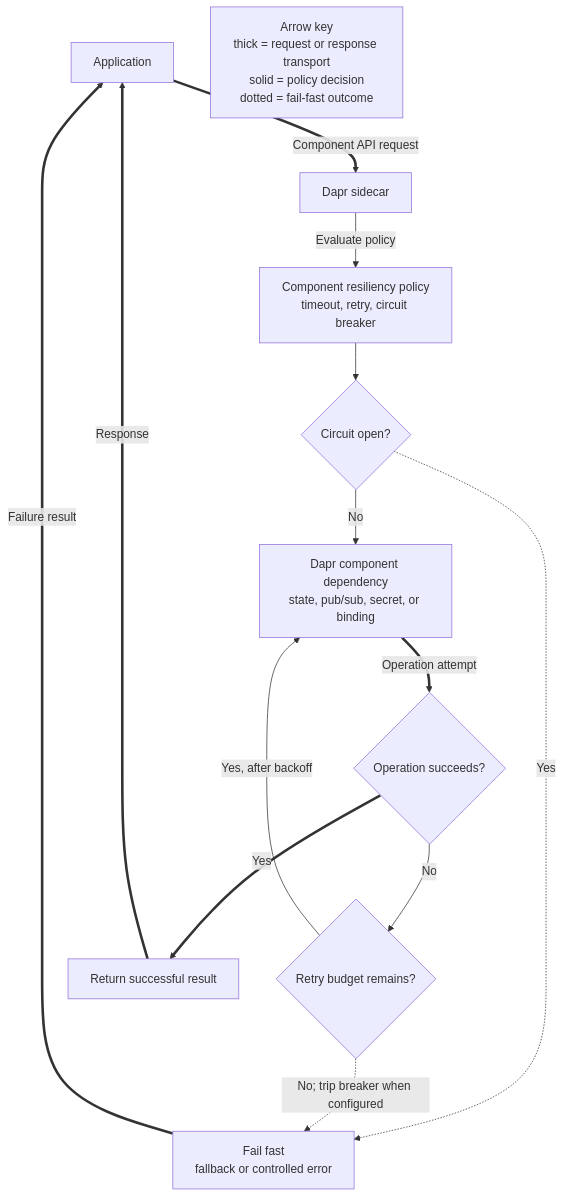
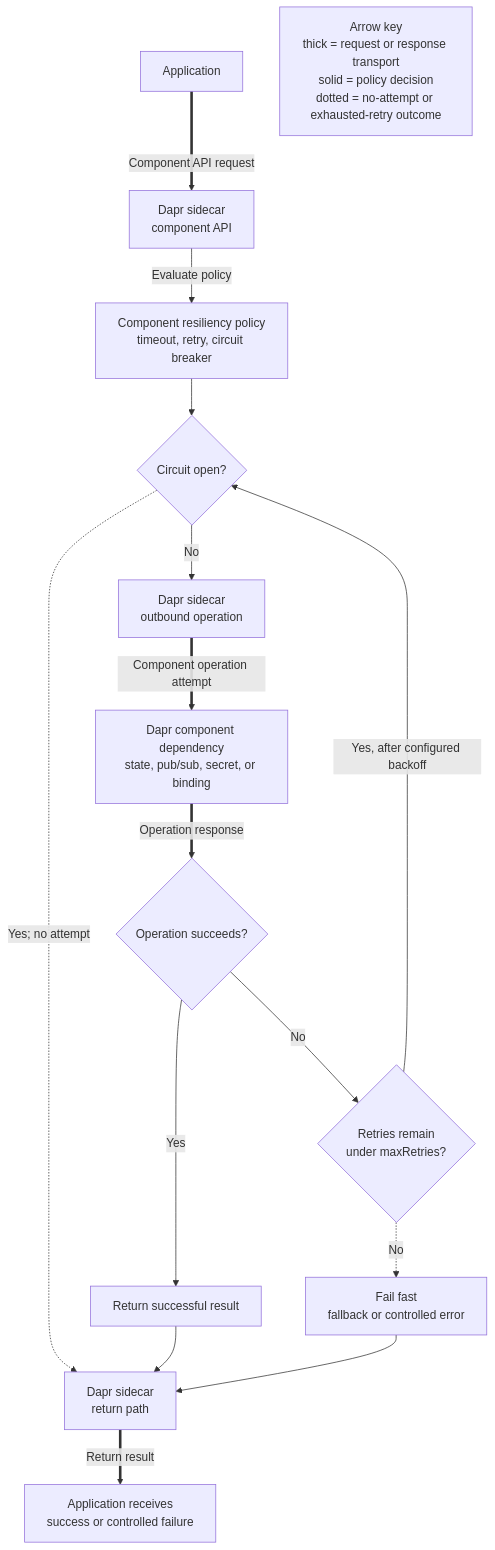
Before and after one commit to yeongseon/azure-container-apps-practical-guide: the third of 3 diagrams in docs/best-practices/reliability.md, drawn with Mermaid. The commit also changed other lines of this file and 1 other file, not shown here.

Commit message:
fix(diagrams): correct mTLS and Dapr flow semantics

````diff
--- a/docs/best-practices/reliability.md
+++ b/docs/best-practices/reliability.md
@@ -274,30 +274,35 @@
 ```mermaid
 flowchart TD
     accTitle: Dapr component resiliency decision flow
-    accDescr: An application calls its Dapr sidecar. Before a Dapr component operation, a timeout and circuit breaker policy decide whether to attempt transport. A failed operation may be retried within a bounded budget. An open circuit fails fast so the application can use fallback or return a controlled error.
+    accDescr: An application calls its Dapr sidecar. Before each Dapr component attempt, the circuit state is checked. A failed operation can retry up to maxRetries using configured backoff, while responseTimeoutInSeconds separately limits response waiting. An open circuit or exhausted retry count returns a controlled failure to the application.
 
     APP["Application"]
-    DAPR["Dapr sidecar"]
+    DAPR_API["Dapr sidecar<br/>component API"]
+    DAPR_OUT["Dapr sidecar<br/>outbound operation"]
+    DAPR_RETURN["Dapr sidecar<br/>return path"]
     POLICY["Component resiliency policy<br/>timeout, retry, circuit breaker"]
     OPEN{"Circuit open?"}
     COMPONENT["Dapr component dependency<br/>state, pub/sub, secret, or binding"]
     RESULT{"Operation succeeds?"}
-    BUDGET{"Retry budget remains?"}
+    RETRIES{"Retries remain<br/>under maxRetries?"}
     SUCCESS["Return successful result"]
     FALLBACK["Fail fast<br/>fallback or controlled error"]
+    APP_RESULT["Application receives<br/>success or controlled failure"]
 
-    APP ==>|"Component API request"| DAPR
-    DAPR -->|"Evaluate policy"| POLICY
+    APP ==>|"Component API request"| DAPR_API
+    DAPR_API -->|"Evaluate policy"| POLICY
     POLICY --> OPEN
-    OPEN -->|"No"| COMPONENT
-    OPEN -.->|"Yes"| FALLBACK
-    COMPONENT ==>|"Operation attempt"| RESULT
-    RESULT ==>|"Yes"| SUCCESS
-    RESULT -->|"No"| BUDGET
-    BUDGET -->|"Yes, after backoff"| COMPONENT
-    BUDGET -.->|"No; trip breaker when configured"| FALLBACK
-    SUCCESS ==>|"Response"| APP
-    FALLBACK ==>|"Failure result"| APP
+    OPEN -->|"No"| DAPR_OUT
+    OPEN -.->|"Yes; no attempt"| DAPR_RETURN
+    DAPR_OUT ==>|"Component operation attempt"| COMPONENT
+    COMPONENT ==>|"Operation response"| RESULT
+    RESULT -->|"Yes"| SUCCESS
+    RESULT -->|"No"| RETRIES
+    RETRIES -->|"Yes, after configured backoff"| OPEN
+    RETRIES -.->|"No"| FALLBACK
+    SUCCESS --> DAPR_RETURN
+    FALLBACK --> DAPR_RETURN
+    DAPR_RETURN ==>|"Return result"| APP_RESULT
 
-    LEGEND["Arrow key<br/>thick = request or response transport<br/>solid = policy decision<br/>dotted = fail-fast outcome"]
+    LEGEND["Arrow key<br/>thick = request or response transport<br/>solid = policy decision<br/>dotted = no-attempt or exhausted-retry outcome"]
 ```
````
